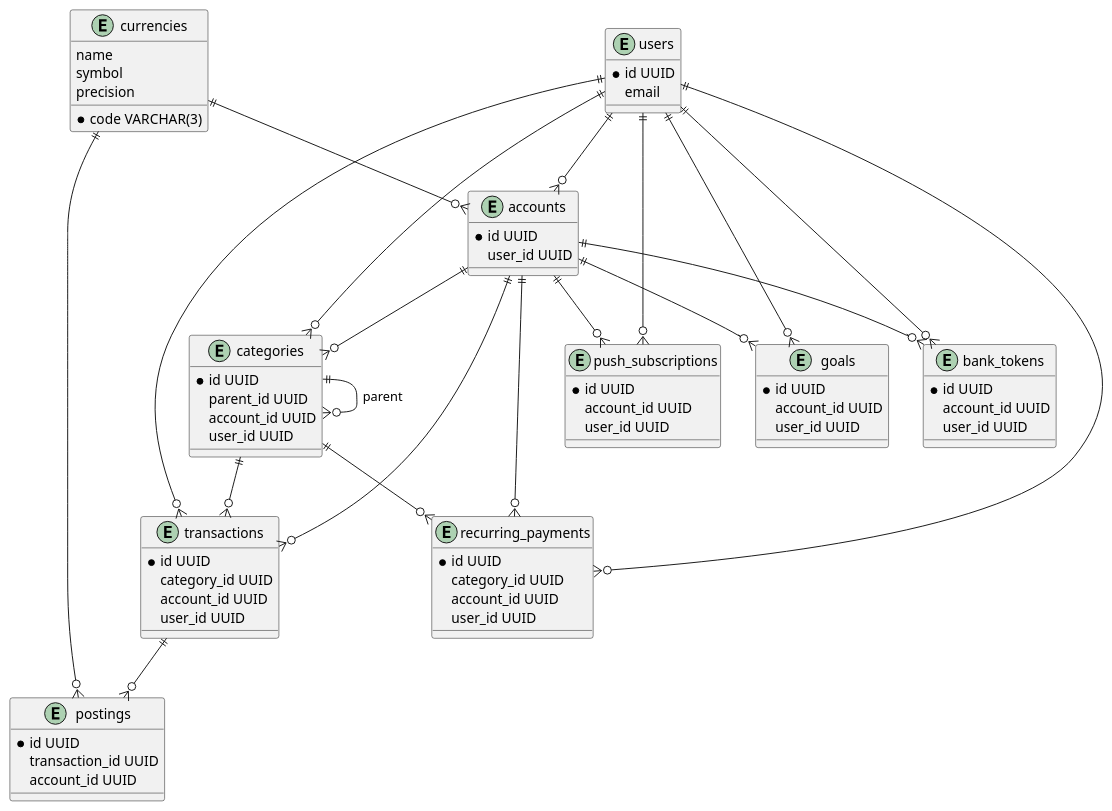
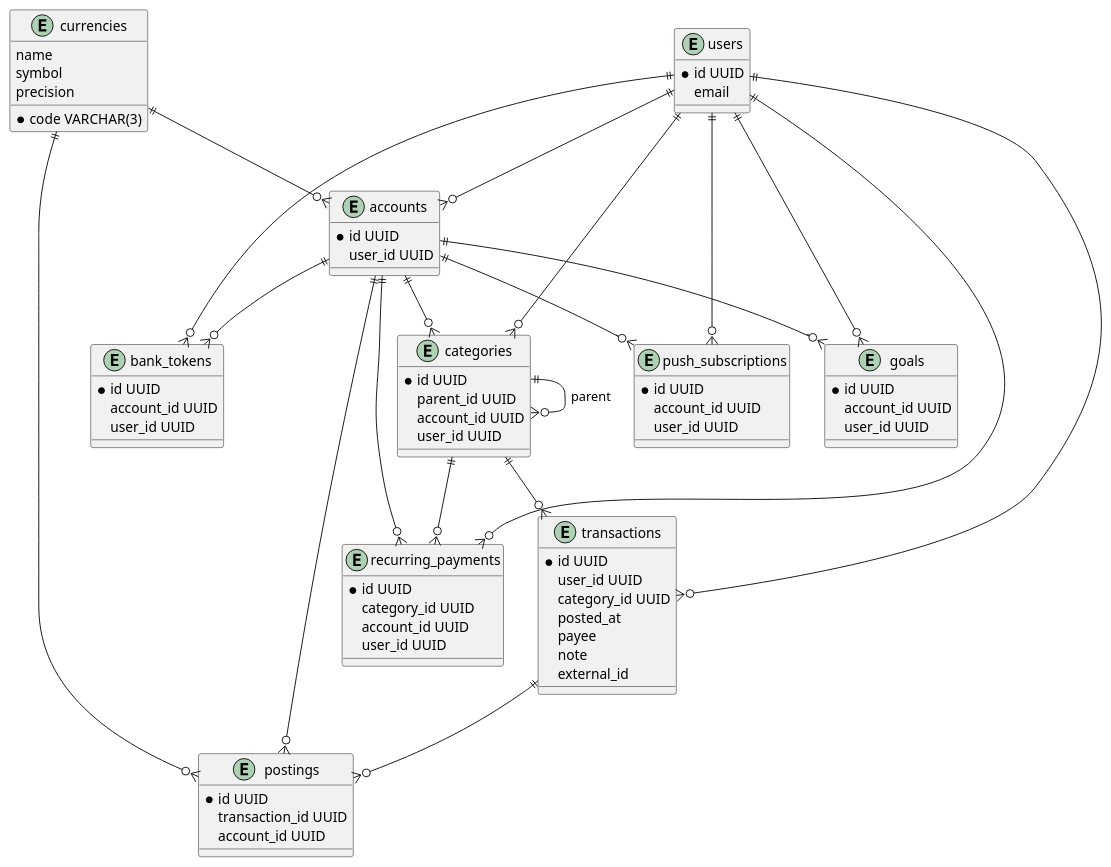
Before and after one commit to DaneliyaPavel/budget-machine: the diagram in docs/architecture/db-schema.puml, drawn with PlantUML.

Commit message:
Update transactions table schema

```diff
--- a/docs/architecture/db-schema.puml
+++ b/docs/architecture/db-schema.puml
@@ -1,75 +1,78 @@
 @startuml
 ' Database schema
 entity users {
   *id UUID
   email
 }
 entity accounts {
   *id UUID
   user_id UUID
 }
 entity currencies {
   *code VARCHAR(3)
   name
   symbol
   precision
 }
 entity categories {
   *id UUID
   parent_id UUID
   account_id UUID
   user_id UUID
 }
 entity transactions {
   *id UUID
+  user_id UUID
   category_id UUID
-  account_id UUID
-  user_id UUID
+  posted_at
+  payee
+  note
+  external_id
 }
 entity postings {
   *id UUID
   transaction_id UUID
   account_id UUID
 }
 entity goals {
   *id UUID
   account_id UUID
   user_id UUID
 }
 entity recurring_payments {
   *id UUID
   category_id UUID
   account_id UUID
   user_id UUID
 }
 entity bank_tokens {
   *id UUID
   account_id UUID
   user_id UUID
 }
 entity push_subscriptions {
   *id UUID
   account_id UUID
   user_id UUID
 }
 
 users ||--o{ accounts
 users ||--o{ categories
 users ||--o{ transactions
 users ||--o{ goals
 users ||--o{ recurring_payments
 users ||--o{ bank_tokens
 users ||--o{ push_subscriptions
 accounts ||--o{ categories
-accounts ||--o{ transactions
 accounts ||--o{ goals
 accounts ||--o{ recurring_payments
 accounts ||--o{ bank_tokens
 accounts ||--o{ push_subscriptions
+accounts ||--o{ postings
 currencies ||--o{ accounts
 currencies ||--o{ postings
 categories ||--o{ transactions
 categories ||--o{ recurring_payments
 categories ||--o{ categories : parent
 transactions ||--o{ postings
 @enduml
```
